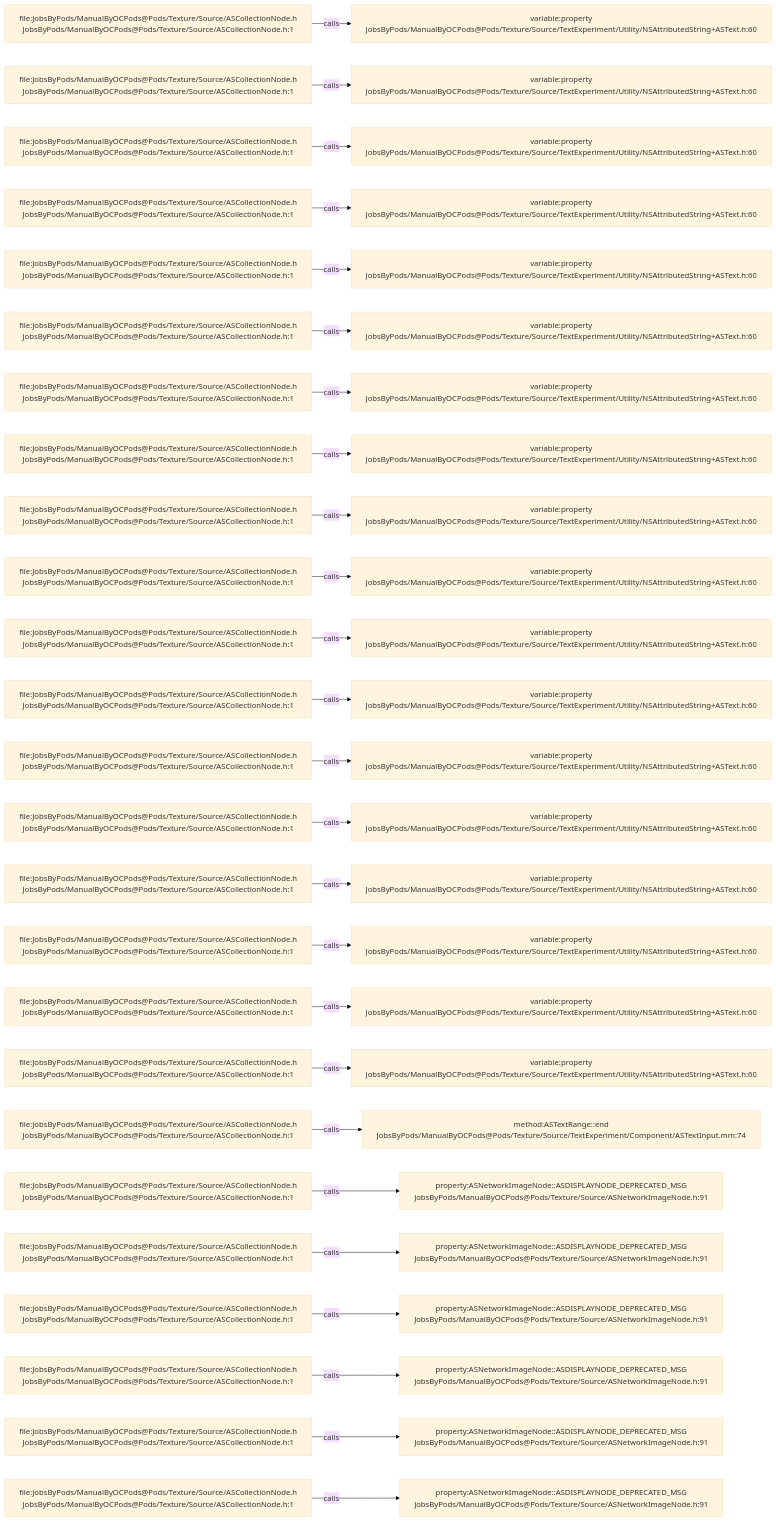
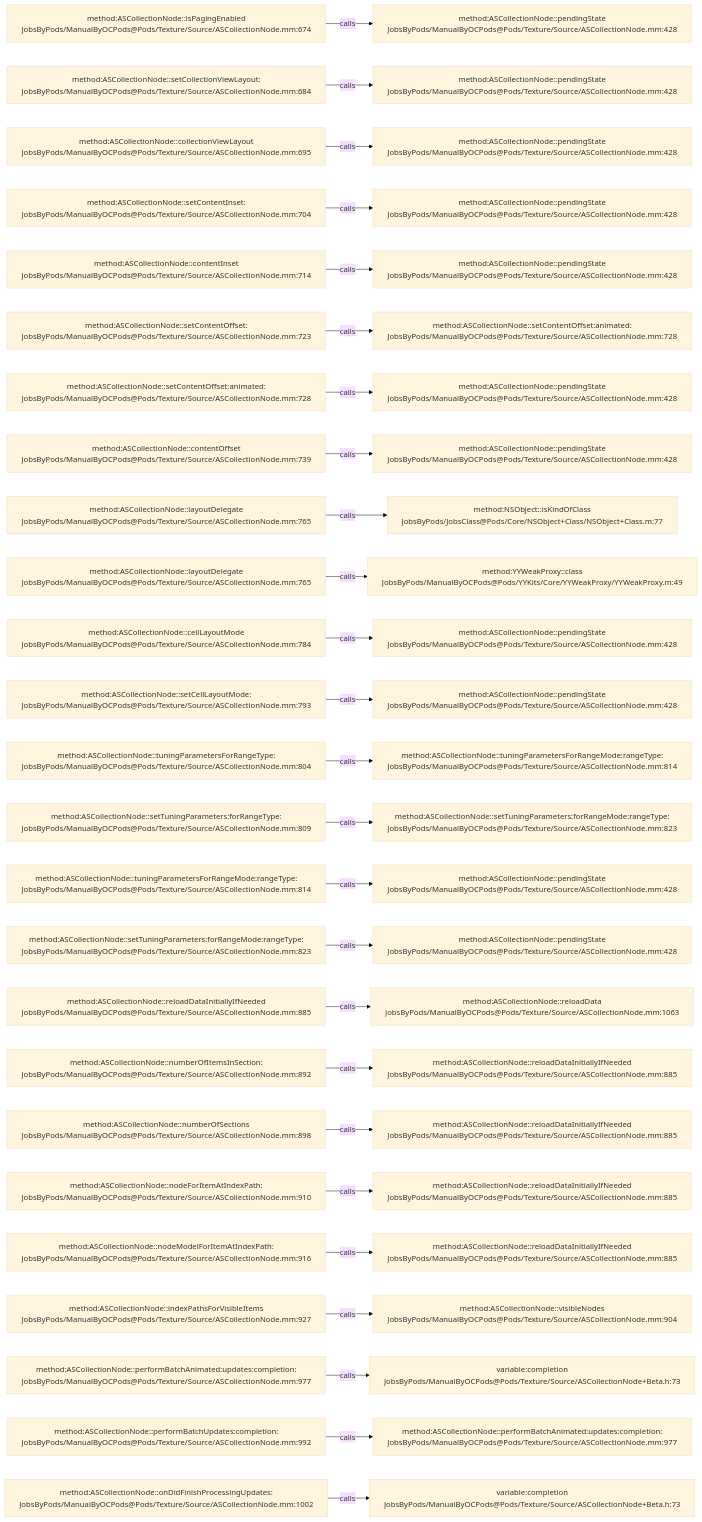
Before and after one commit to JobsKits/JobsOCBaseConfigDemo: the diagram in .codegraph/codegraph.md/graphs/calls-076.md, drawn with Mermaid (base theme). The commit also changed 1353 other files, not shown here.

````diff
--- a/.codegraph/codegraph.md/graphs/calls-076.md
+++ b/.codegraph/codegraph.md/graphs/calls-076.md
@@ -13,78 +13,78 @@
 ```mermaid
 flowchart LR
-  S1["file:JobsByPods/ManualByOCPods@Pods/Texture/Source/ASCollectionNode.h<br/>JobsByPods/ManualByOCPods@Pods/Texture/Source/ASCollectionNode.h:1"]
-  T1["variable:property<br/>JobsByPods/ManualByOCPods@Pods/Texture/Source/TextExperiment/Utility/NSAttributedString+ASText.h:60"]
+  S1["method:ASCollectionNode::isPagingEnabled<br/>JobsByPods/ManualByOCPods@Pods/Texture/Source/ASCollectionNode.mm:674"]
+  T1["method:ASCollectionNode::pendingState<br/>JobsByPods/ManualByOCPods@Pods/Texture/Source/ASCollectionNode.mm:428"]
   S1 -->|calls| T1
-  S2["file:JobsByPods/ManualByOCPods@Pods/Texture/Source/ASCollectionNode.h<br/>JobsByPods/ManualByOCPods@Pods/Texture/Source/ASCollectionNode.h:1"]
-  T2["variable:property<br/>JobsByPods/ManualByOCPods@Pods/Texture/Source/TextExperiment/Utility/NSAttributedString+ASText.h:60"]
+  S2["method:ASCollectionNode::setCollectionViewLayout:<br/>JobsByPods/ManualByOCPods@Pods/Texture/Source/ASCollectionNode.mm:684"]
+  T2["method:ASCollectionNode::pendingState<br/>JobsByPods/ManualByOCPods@Pods/Texture/Source/ASCollectionNode.mm:428"]
   S2 -->|calls| T2
-  S3["file:JobsByPods/ManualByOCPods@Pods/Texture/Source/ASCollectionNode.h<br/>JobsByPods/ManualByOCPods@Pods/Texture/Source/ASCollectionNode.h:1"]
-  T3["variable:property<br/>JobsByPods/ManualByOCPods@Pods/Texture/Source/TextExperiment/Utility/NSAttributedString+ASText.h:60"]
+  S3["method:ASCollectionNode::collectionViewLayout<br/>JobsByPods/ManualByOCPods@Pods/Texture/Source/ASCollectionNode.mm:695"]
+  T3["method:ASCollectionNode::pendingState<br/>JobsByPods/ManualByOCPods@Pods/Texture/Source/ASCollectionNode.mm:428"]
   S3 -->|calls| T3
-  S4["file:JobsByPods/ManualByOCPods@Pods/Texture/Source/ASCollectionNode.h<br/>JobsByPods/ManualByOCPods@Pods/Texture/Source/ASCollectionNode.h:1"]
-  T4["variable:property<br/>JobsByPods/ManualByOCPods@Pods/Texture/Source/TextExperiment/Utility/NSAttributedString+ASText.h:60"]
+  S4["method:ASCollectionNode::setContentInset:<br/>JobsByPods/ManualByOCPods@Pods/Texture/Source/ASCollectionNode.mm:704"]
+  T4["method:ASCollectionNode::pendingState<br/>JobsByPods/ManualByOCPods@Pods/Texture/Source/ASCollectionNode.mm:428"]
   S4 -->|calls| T4
-  S5["file:JobsByPods/ManualByOCPods@Pods/Texture/Source/ASCollectionNode.h<br/>JobsByPods/ManualByOCPods@Pods/Texture/Source/ASCollectionNode.h:1"]
-  T5["variable:property<br/>JobsByPods/ManualByOCPods@Pods/Texture/Source/TextExperiment/Utility/NSAttributedString+ASText.h:60"]
+  S5["method:ASCollectionNode::contentInset<br/>JobsByPods/ManualByOCPods@Pods/Texture/Source/ASCollectionNode.mm:714"]
+  T5["method:ASCollectionNode::pendingState<br/>JobsByPods/ManualByOCPods@Pods/Texture/Source/ASCollectionNode.mm:428"]
   S5 -->|calls| T5
-  S6["file:JobsByPods/ManualByOCPods@Pods/Texture/Source/ASCollectionNode.h<br/>JobsByPods/ManualByOCPods@Pods/Texture/Source/ASCollectionNode.h:1"]
-  T6["variable:property<br/>JobsByPods/ManualByOCPods@Pods/Texture/Source/TextExperiment/Utility/NSAttributedString+ASText.h:60"]
+  S6["method:ASCollectionNode::setContentOffset:<br/>JobsByPods/ManualByOCPods@Pods/Texture/Source/ASCollectionNode.mm:723"]
+  T6["method:ASCollectionNode::setContentOffset:animated:<br/>JobsByPods/ManualByOCPods@Pods/Texture/Source/ASCollectionNode.mm:728"]
   S6 -->|calls| T6
-  S7["file:JobsByPods/ManualByOCPods@Pods/Texture/Source/ASCollectionNode.h<br/>JobsByPods/ManualByOCPods@Pods/Texture/Source/ASCollectionNode.h:1"]
-  T7["variable:property<br/>JobsByPods/ManualByOCPods@Pods/Texture/Source/TextExperiment/Utility/NSAttributedString+ASText.h:60"]
+  S7["method:ASCollectionNode::setContentOffset:animated:<br/>JobsByPods/ManualByOCPods@Pods/Texture/Source/ASCollectionNode.mm:728"]
+  T7["method:ASCollectionNode::pendingState<br/>JobsByPods/ManualByOCPods@Pods/Texture/Source/ASCollectionNode.mm:428"]
   S7 -->|calls| T7
-  S8["file:JobsByPods/ManualByOCPods@Pods/Texture/Source/ASCollectionNode.h<br/>JobsByPods/ManualByOCPods@Pods/Texture/Source/ASCollectionNode.h:1"]
-  T8["variable:property<br/>JobsByPods/ManualByOCPods@Pods/Texture/Source/TextExperiment/Utility/NSAttributedString+ASText.h:60"]
+  S8["method:ASCollectionNode::contentOffset<br/>JobsByPods/ManualByOCPods@Pods/Texture/Source/ASCollectionNode.mm:739"]
+  T8["method:ASCollectionNode::pendingState<br/>JobsByPods/ManualByOCPods@Pods/Texture/Source/ASCollectionNode.mm:428"]
   S8 -->|calls| T8
-  S9["file:JobsByPods/ManualByOCPods@Pods/Texture/Source/ASCollectionNode.h<br/>JobsByPods/ManualByOCPods@Pods/Texture/Source/ASCollectionNode.h:1"]
-  T9["variable:property<br/>JobsByPods/ManualByOCPods@Pods/Texture/Source/TextExperiment/Utility/NSAttributedString+ASText.h:60"]
+  S9["method:ASCollectionNode::layoutDelegate<br/>JobsByPods/ManualByOCPods@Pods/Texture/Source/ASCollectionNode.mm:765"]
+  T9["method:NSObject::isKindOfClass<br/>JobsByPods/JobsClass@Pods/Core/NSObject+Class/NSObject+Class.m:77"]
   S9 -->|calls| T9
-  S10["file:JobsByPods/ManualByOCPods@Pods/Texture/Source/ASCollectionNode.h<br/>JobsByPods/ManualByOCPods@Pods/Texture/Source/ASCollectionNode.h:1"]
-  T10["variable:property<br/>JobsByPods/ManualByOCPods@Pods/Texture/Source/TextExperiment/Utility/NSAttributedString+ASText.h:60"]
+  S10["method:ASCollectionNode::layoutDelegate<br/>JobsByPods/ManualByOCPods@Pods/Texture/Source/ASCollectionNode.mm:765"]
+  T10["method:YYWeakProxy::class<br/>JobsByPods/ManualByOCPods@Pods/YYKits/Core/YYWeakProxy/YYWeakProxy.m:49"]
   S10 -->|calls| T10
-  S11["file:JobsByPods/ManualByOCPods@Pods/Texture/Source/ASCollectionNode.h<br/>JobsByPods/ManualByOCPods@Pods/Texture/Source/ASCollectionNode.h:1"]
-  T11["variable:property<br/>JobsByPods/ManualByOCPods@Pods/Texture/Source/TextExperiment/Utility/NSAttributedString+ASText.h:60"]
+  S11["method:ASCollectionNode::cellLayoutMode<br/>JobsByPods/ManualByOCPods@Pods/Texture/Source/ASCollectionNode.mm:784"]
+  T11["method:ASCollectionNode::pendingState<br/>JobsByPods/ManualByOCPods@Pods/Texture/Source/ASCollectionNode.mm:428"]
   S11 -->|calls| T11
-  S12["file:JobsByPods/ManualByOCPods@Pods/Texture/Source/ASCollectionNode.h<br/>JobsByPods/ManualByOCPods@Pods/Texture/Source/ASCollectionNode.h:1"]
-  T12["variable:property<br/>JobsByPods/ManualByOCPods@Pods/Texture/Source/TextExperiment/Utility/NSAttributedString+ASText.h:60"]
+  S12["method:ASCollectionNode::setCellLayoutMode:<br/>JobsByPods/ManualByOCPods@Pods/Texture/Source/ASCollectionNode.mm:793"]
+  T12["method:ASCollectionNode::pendingState<br/>JobsByPods/ManualByOCPods@Pods/Texture/Source/ASCollectionNode.mm:428"]
   S12 -->|calls| T12
-  S13["file:JobsByPods/ManualByOCPods@Pods/Texture/Source/ASCollectionNode.h<br/>JobsByPods/ManualByOCPods@Pods/Texture/Source/ASCollectionNode.h:1"]
-  T13["variable:property<br/>JobsByPods/ManualByOCPods@Pods/Texture/Source/TextExperiment/Utility/NSAttributedString+ASText.h:60"]
+  S13["method:ASCollectionNode::tuningParametersForRangeType:<br/>JobsByPods/ManualByOCPods@Pods/Texture/Source/ASCollectionNode.mm:804"]
+  T13["method:ASCollectionNode::tuningParametersForRangeMode:rangeType:<br/>JobsByPods/ManualByOCPods@Pods/Texture/Source/ASCollectionNode.mm:814"]
   S13 -->|calls| T13
-  S14["file:JobsByPods/ManualByOCPods@Pods/Texture/Source/ASCollectionNode.h<br/>JobsByPods/ManualByOCPods@Pods/Texture/Source/ASCollectionNode.h:1"]
-  T14["variable:property<br/>JobsByPods/ManualByOCPods@Pods/Texture/Source/TextExperiment/Utility/NSAttributedString+ASText.h:60"]
+  S14["method:ASCollectionNode::setTuningParameters:forRangeType:<br/>JobsByPods/ManualByOCPods@Pods/Texture/Source/ASCollectionNode.mm:809"]
+  T14["method:ASCollectionNode::setTuningParameters:forRangeMode:rangeType:<br/>JobsByPods/ManualByOCPods@Pods/Texture/Source/ASCollectionNode.mm:823"]
   S14 -->|calls| T14
-  S15["file:JobsByPods/ManualByOCPods@Pods/Texture/Source/ASCollectionNode.h<br/>JobsByPods/ManualByOCPods@Pods/Texture/Source/ASCollectionNode.h:1"]
-  T15["variable:property<br/>JobsByPods/ManualByOCPods@Pods/Texture/Source/TextExperiment/Utility/NSAttributedString+ASText.h:60"]
+  S15["method:ASCollectionNode::tuningParametersForRangeMode:rangeType:<br/>JobsByPods/ManualByOCPods@Pods/Texture/Source/ASCollectionNode.mm:814"]
+  T15["method:ASCollectionNode::pendingState<br/>JobsByPods/ManualByOCPods@Pods/Texture/Source/ASCollectionNode.mm:428"]
   S15 -->|calls| T15
-  S16["file:JobsByPods/ManualByOCPods@Pods/Texture/Source/ASCollectionNode.h<br/>JobsByPods/ManualByOCPods@Pods/Texture/Source/ASCollectionNode.h:1"]
-  T16["variable:property<br/>JobsByPods/ManualByOCPods@Pods/Texture/Source/TextExperiment/Utility/NSAttributedString+ASText.h:60"]
+  S16["method:ASCollectionNode::setTuningParameters:forRangeMode:rangeType:<br/>JobsByPods/ManualByOCPods@Pods/Texture/Source/ASCollectionNode.mm:823"]
+  T16["method:ASCollectionNode::pendingState<br/>JobsByPods/ManualByOCPods@Pods/Texture/Source/ASCollectionNode.mm:428"]
   S16 -->|calls| T16
-  S17["file:JobsByPods/ManualByOCPods@Pods/Texture/Source/ASCollectionNode.h<br/>JobsByPods/ManualByOCPods@Pods/Texture/Source/ASCollectionNode.h:1"]
-  T17["variable:property<br/>JobsByPods/ManualByOCPods@Pods/Texture/Source/TextExperiment/Utility/NSAttributedString+ASText.h:60"]
+  S17["method:ASCollectionNode::reloadDataInitiallyIfNeeded<br/>JobsByPods/ManualByOCPods@Pods/Texture/Source/ASCollectionNode.mm:885"]
+  T17["method:ASCollectionNode::reloadData<br/>JobsByPods/ManualByOCPods@Pods/Texture/Source/ASCollectionNode.mm:1063"]
   S17 -->|calls| T17
-  S18["file:JobsByPods/ManualByOCPods@Pods/Texture/Source/ASCollectionNode.h<br/>JobsByPods/ManualByOCPods@Pods/Texture/Source/ASCollectionNode.h:1"]
-  T18["variable:property<br/>JobsByPods/ManualByOCPods@Pods/Texture/Source/TextExperiment/Utility/NSAttributedString+ASText.h:60"]
+  S18["method:ASCollectionNode::numberOfItemsInSection:<br/>JobsByPods/ManualByOCPods@Pods/Texture/Source/ASCollectionNode.mm:892"]
+  T18["method:ASCollectionNode::reloadDataInitiallyIfNeeded<br/>JobsByPods/ManualByOCPods@Pods/Texture/Source/ASCollectionNode.mm:885"]
   S18 -->|calls| T18
-  S19["file:JobsByPods/ManualByOCPods@Pods/Texture/Source/ASCollectionNode.h<br/>JobsByPods/ManualByOCPods@Pods/Texture/Source/ASCollectionNode.h:1"]
-  T19["method:ASTextRange::end<br/>JobsByPods/ManualByOCPods@Pods/Texture/Source/TextExperiment/Component/ASTextInput.mm:74"]
+  S19["method:ASCollectionNode::numberOfSections<br/>JobsByPods/ManualByOCPods@Pods/Texture/Source/ASCollectionNode.mm:898"]
+  T19["method:ASCollectionNode::reloadDataInitiallyIfNeeded<br/>JobsByPods/ManualByOCPods@Pods/Texture/Source/ASCollectionNode.mm:885"]
   S19 -->|calls| T19
-  S20["file:JobsByPods/ManualByOCPods@Pods/Texture/Source/ASCollectionNode.h<br/>JobsByPods/ManualByOCPods@Pods/Texture/Source/ASCollectionNode.h:1"]
-  T20["property:ASNetworkImageNode::ASDISPLAYNODE_DEPRECATED_MSG<br/>JobsByPods/ManualByOCPods@Pods/Texture/Source/ASNetworkImageNode.h:91"]
+  S20["method:ASCollectionNode::nodeForItemAtIndexPath:<br/>JobsByPods/ManualByOCPods@Pods/Texture/Source/ASCollectionNode.mm:910"]
+  T20["method:ASCollectionNode::reloadDataInitiallyIfNeeded<br/>JobsByPods/ManualByOCPods@Pods/Texture/Source/ASCollectionNode.mm:885"]
   S20 -->|calls| T20
-  S21["file:JobsByPods/ManualByOCPods@Pods/Texture/Source/ASCollectionNode.h<br/>JobsByPods/ManualByOCPods@Pods/Texture/Source/ASCollectionNode.h:1"]
-  T21["property:ASNetworkImageNode::ASDISPLAYNODE_DEPRECATED_MSG<br/>JobsByPods/ManualByOCPods@Pods/Texture/Source/ASNetworkImageNode.h:91"]
+  S21["method:ASCollectionNode::nodeModelForItemAtIndexPath:<br/>JobsByPods/ManualByOCPods@Pods/Texture/Source/ASCollectionNode.mm:916"]
+  T21["method:ASCollectionNode::reloadDataInitiallyIfNeeded<br/>JobsByPods/ManualByOCPods@Pods/Texture/Source/ASCollectionNode.mm:885"]
   S21 -->|calls| T21
-  S22["file:JobsByPods/ManualByOCPods@Pods/Texture/Source/ASCollectionNode.h<br/>JobsByPods/ManualByOCPods@Pods/Texture/Source/ASCollectionNode.h:1"]
-  T22["property:ASNetworkImageNode::ASDISPLAYNODE_DEPRECATED_MSG<br/>JobsByPods/ManualByOCPods@Pods/Texture/Source/ASNetworkImageNode.h:91"]
+  S22["method:ASCollectionNode::indexPathsForVisibleItems<br/>JobsByPods/ManualByOCPods@Pods/Texture/Source/ASCollectionNode.mm:927"]
+  T22["method:ASCollectionNode::visibleNodes<br/>JobsByPods/ManualByOCPods@Pods/Texture/Source/ASCollectionNode.mm:904"]
   S22 -->|calls| T22
-  S23["file:JobsByPods/ManualByOCPods@Pods/Texture/Source/ASCollectionNode.h<br/>JobsByPods/ManualByOCPods@Pods/Texture/Source/ASCollectionNode.h:1"]
-  T23["property:ASNetworkImageNode::ASDISPLAYNODE_DEPRECATED_MSG<br/>JobsByPods/ManualByOCPods@Pods/Texture/Source/ASNetworkImageNode.h:91"]
+  S23["method:ASCollectionNode::performBatchAnimated:updates:completion:<br/>JobsByPods/ManualByOCPods@Pods/Texture/Source/ASCollectionNode.mm:977"]
+  T23["variable:completion<br/>JobsByPods/ManualByOCPods@Pods/Texture/Source/ASCollectionNode+Beta.h:73"]
   S23 -->|calls| T23
-  S24["file:JobsByPods/ManualByOCPods@Pods/Texture/Source/ASCollectionNode.h<br/>JobsByPods/ManualByOCPods@Pods/Texture/Source/ASCollectionNode.h:1"]
-  T24["property:ASNetworkImageNode::ASDISPLAYNODE_DEPRECATED_MSG<br/>JobsByPods/ManualByOCPods@Pods/Texture/Source/ASNetworkImageNode.h:91"]
+  S24["method:ASCollectionNode::performBatchUpdates:completion:<br/>JobsByPods/ManualByOCPods@Pods/Texture/Source/ASCollectionNode.mm:992"]
+  T24["method:ASCollectionNode::performBatchAnimated:updates:completion:<br/>JobsByPods/ManualByOCPods@Pods/Texture/Source/ASCollectionNode.mm:977"]
   S24 -->|calls| T24
-  S25["file:JobsByPods/ManualByOCPods@Pods/Texture/Source/ASCollectionNode.h<br/>JobsByPods/ManualByOCPods@Pods/Texture/Source/ASCollectionNode.h:1"]
-  T25["property:ASNetworkImageNode::ASDISPLAYNODE_DEPRECATED_MSG<br/>JobsByPods/ManualByOCPods@Pods/Texture/Source/ASNetworkImageNode.h:91"]
+  S25["method:ASCollectionNode::onDidFinishProcessingUpdates:<br/>JobsByPods/ManualByOCPods@Pods/Texture/Source/ASCollectionNode.mm:1002"]
+  T25["variable:completion<br/>JobsByPods/ManualByOCPods@Pods/Texture/Source/ASCollectionNode+Beta.h:73"]
   S25 -->|calls| T25
 ```
````
